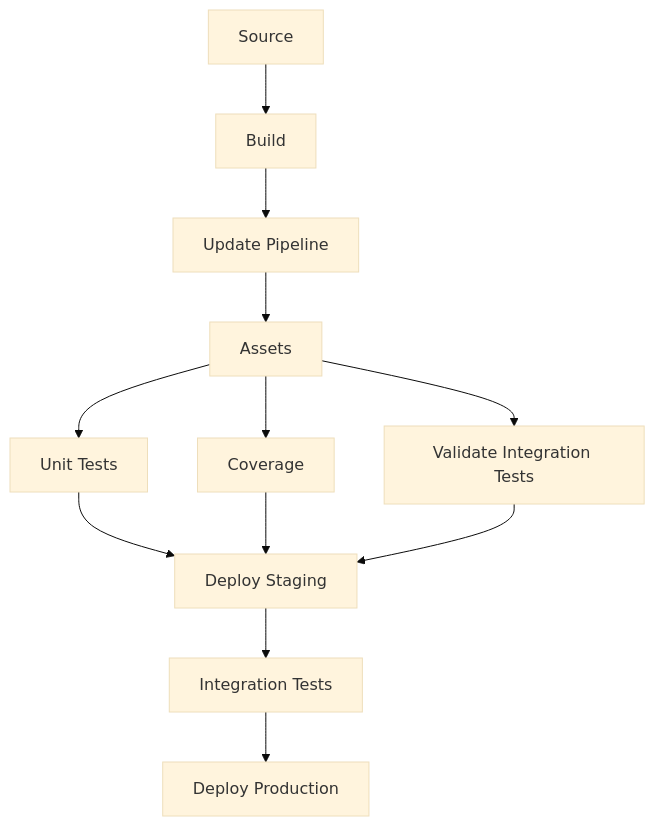
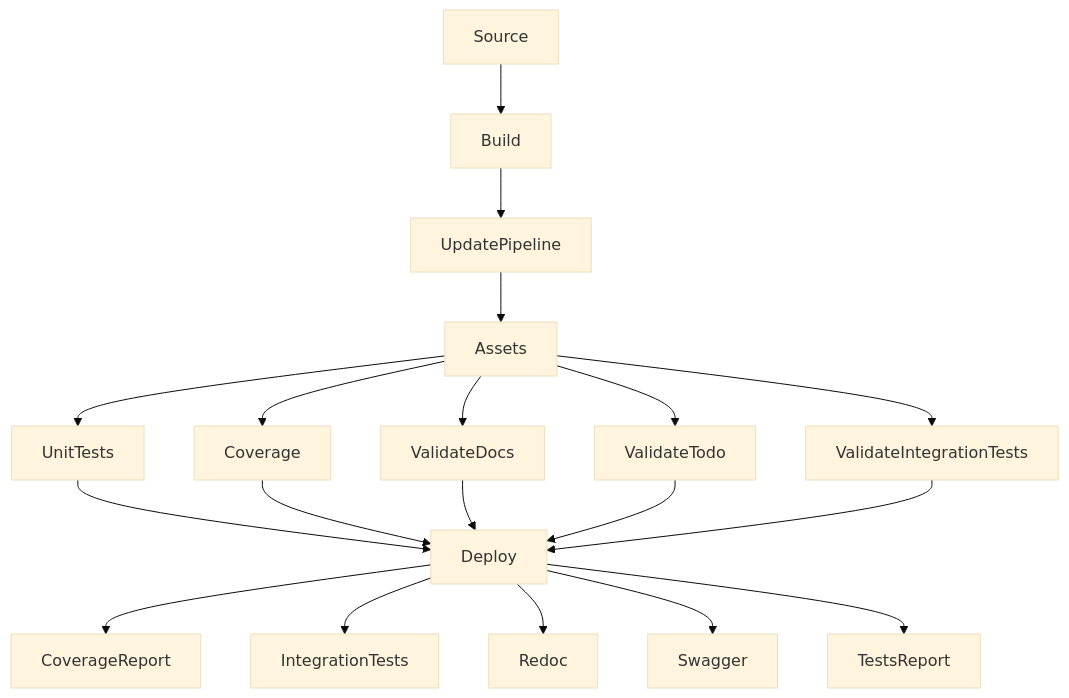
The fourth of 5 diagrams in docs/home/multi-stage-environments.md (GuiPimenta-Dev/lambda-forge-docs), drawn with Mermaid (base theme) before and after one commit. The commit also changed other lines of this file and 66 other files, not shown here.

````diff
--- a/docs/home/multi-stage-environments.md
+++ b/docs/home/multi-stage-environments.md
@@ -361,14 +311,21 @@
 ```mermaid
 graph TD;
     Source --> Build;
-    Build --> UpdatePipeline[Update Pipeline]
+    Build --> UpdatePipeline
     UpdatePipeline --> Assets
-    Assets --> UnitTests[Unit Tests]
+    Assets --> UnitTests
     Assets --> Coverage
-    Assets --> ValidateIntegrationTests[Validate Integration Tests]
-    UnitTests --> DeployStaging[Deploy Staging]
-    Coverage --> DeployStaging
-    ValidateIntegrationTests --> DeployStaging
-    DeployStaging --> IntegrationTests[Integration Tests]
-    IntegrationTests --> DeployProduction[Deploy Production]
+    Assets --> ValidateDocs
+    Assets --> ValidateIntegrationTests
+    Assets --> ValidateTodo
+    UnitTests --> Deploy
+    Coverage --> Deploy
+    ValidateDocs --> Deploy
+    ValidateTodo --> Deploy
+    ValidateIntegrationTests --> Deploy
+    Deploy --> CoverageReport
+    Deploy --> IntegrationTests
+    Deploy --> Redoc
+    Deploy --> Swagger
+    Deploy --> TestsReport
 ```
````
